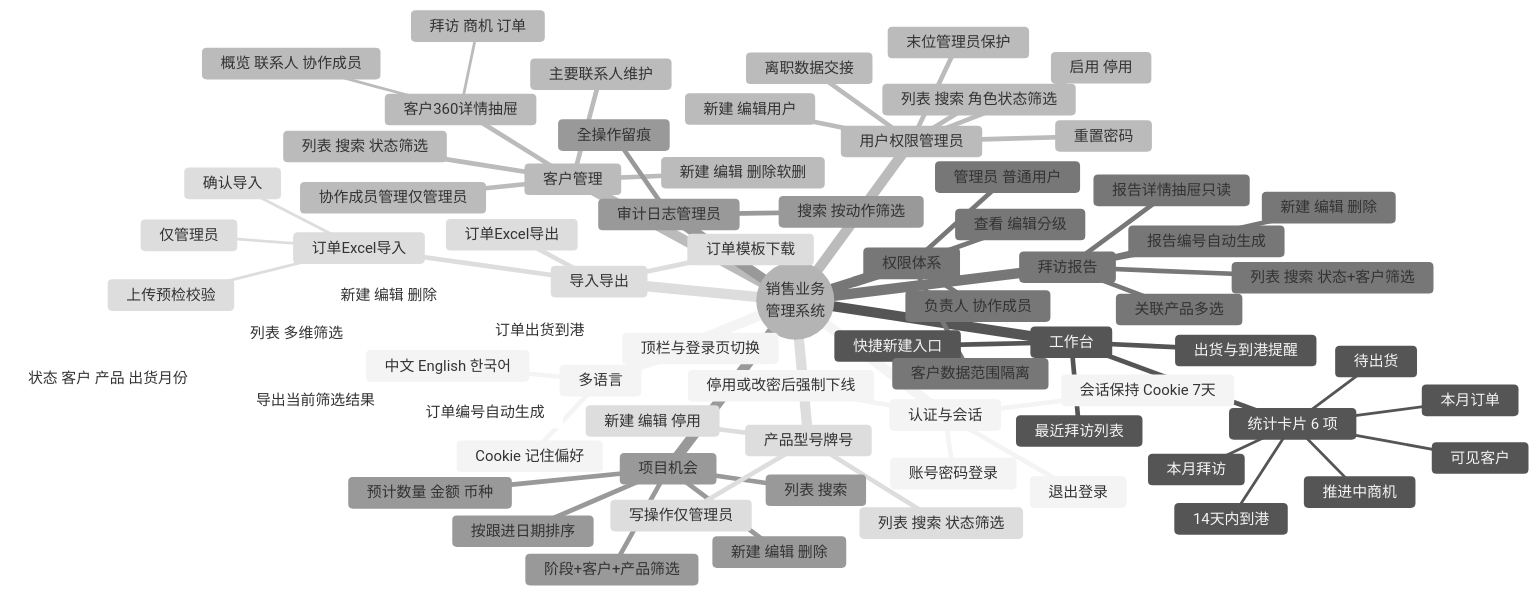
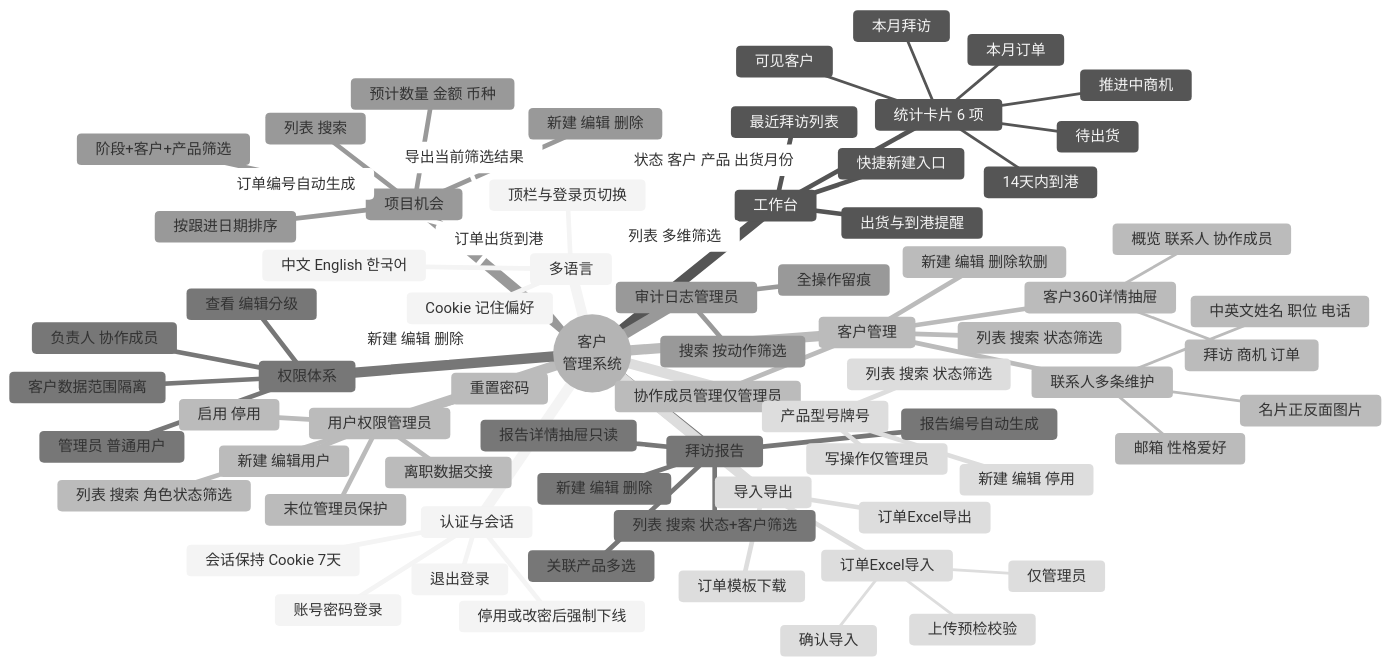
Before and after one commit to Caho1/crm-admin: the diagram in FEATURES.md, drawn with Mermaid (neutral theme). The commit also changed other lines of this file and 45 other files, not shown here.

````diff
--- a/FEATURES.md
+++ b/FEATURES.md
@@ -8,76 +8,79 @@
 ```mermaid
 mindmap
-  root((销售业务<br/>管理系统))
+  root((客户<br/>管理系统))
     认证与会话
       账号密码登录
       会话保持 Cookie 7天
       退出登录
       停用或改密后强制下线
     工作台
       统计卡片 6 项
         可见客户
         本月拜访
         推进中商机
         本月订单
         待出货
         14天内到港
       快捷新建入口
       最近拜访列表
       出货与到港提醒
     客户管理
       列表 搜索 状态筛选
       新建 编辑 删除软删
       客户360详情抽屉
         概览 联系人 协作成员
         拜访 商机 订单
-      主要联系人维护
+      联系人多条维护
+        中英文姓名 职位 电话
+        邮箱 性格爱好
+        名片正反面图片
       协作成员管理仅管理员
     拜访报告
       列表 搜索 状态+客户筛选
       新建 编辑 删除
       报告详情抽屉只读
       关联产品多选
       报告编号自动生成
     项目机会
       列表 搜索
       阶段+客户+产品筛选
       新建 编辑 删除
       预计数量 金额 币种
       按跟进日期排序
     产品型号牌号
       列表 搜索 状态筛选
       新建 编辑 停用
       写操作仅管理员
     订单出货到港
       列表 多维筛选
         状态 客户 产品 出货月份
       新建 编辑 删除
       订单编号自动生成
       导出当前筛选结果
     导入导出
       订单模板下载
       订单Excel导出
       订单Excel导入
         上传预检校验
         确认导入
         仅管理员
     用户权限管理员
       列表 搜索 角色状态筛选
       新建 编辑用户
       启用 停用
       重置密码
       离职数据交接
       末位管理员保护
     审计日志管理员
       全操作留痕
       搜索 按动作筛选
     权限体系
       管理员 普通用户
       客户数据范围隔离
       负责人 协作成员
       查看 编辑分级
     多语言
       中文 English 한국어
       顶栏与登录页切换
       Cookie 记住偏好
 ```
````
